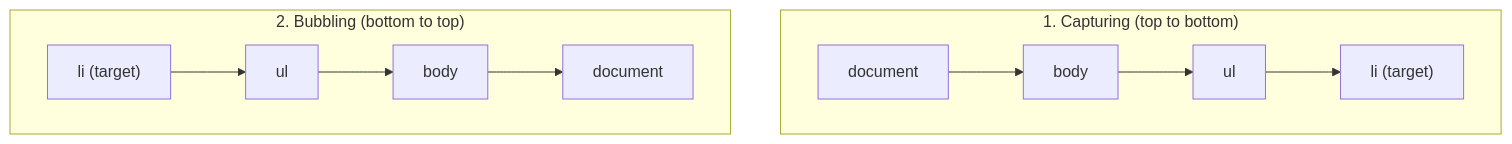
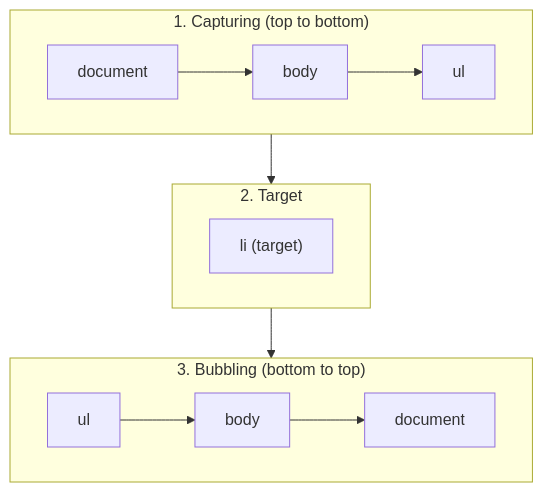
The second of 3 diagrams in docs/web-technologies/lecture-13-dom-manipulation-and-events.md (mua22/mern-web-book), drawn with Mermaid before and after one commit. The commit also changed other lines of this file and 9 other files, not shown here.

````diff
--- a/docs/web-technologies/lecture-13-dom-manipulation-and-events.md
+++ b/docs/web-technologies/lecture-13-dom-manipulation-and-events.md
@@ -225,9 +234,13 @@
 ```mermaid
 flowchart TD
     subgraph Capturing["1. Capturing (top to bottom)"]
-        D1[document] --> B1[body] --> U1[ul] --> L1["li (target)"]
+        D1[document] --> B1[body] --> U1[ul]
     end
-    subgraph Bubbling["2. Bubbling (bottom to top)"]
-        L2["li (target)"] --> U2[ul] --> B2[body] --> D2[document]
+    subgraph Target["2. Target"]
+        L1["li (target)"]
     end
+    subgraph Bubbling["3. Bubbling (bottom to top)"]
+        U2[ul] --> B2[body] --> D2[document]
+    end
+    Capturing --> Target --> Bubbling
 ```
````
